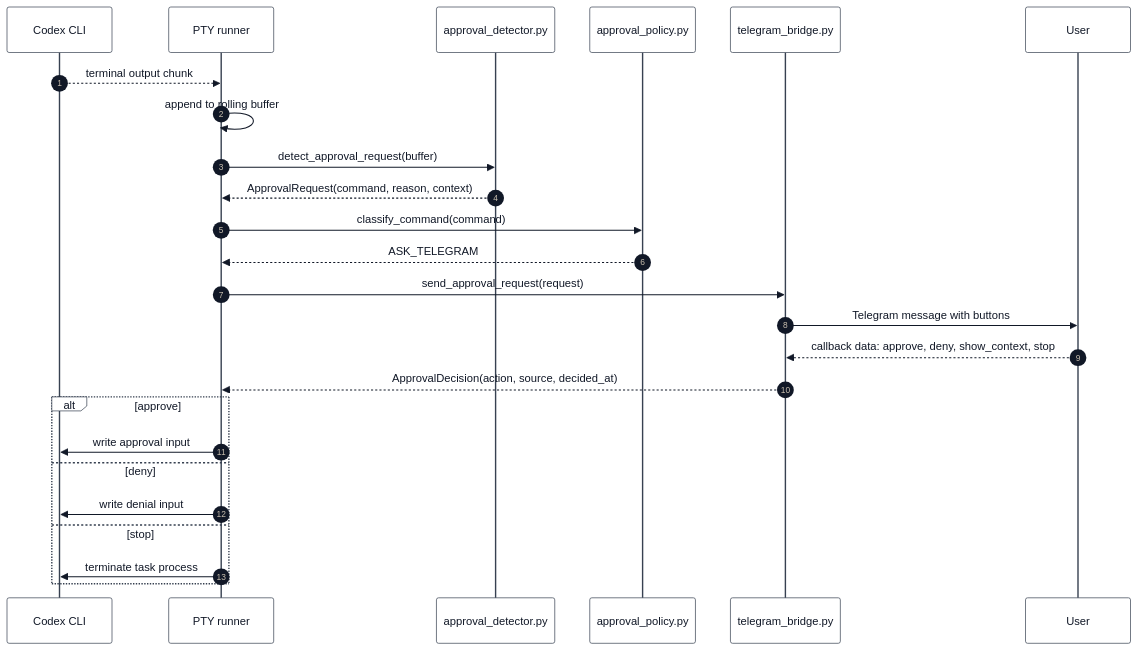
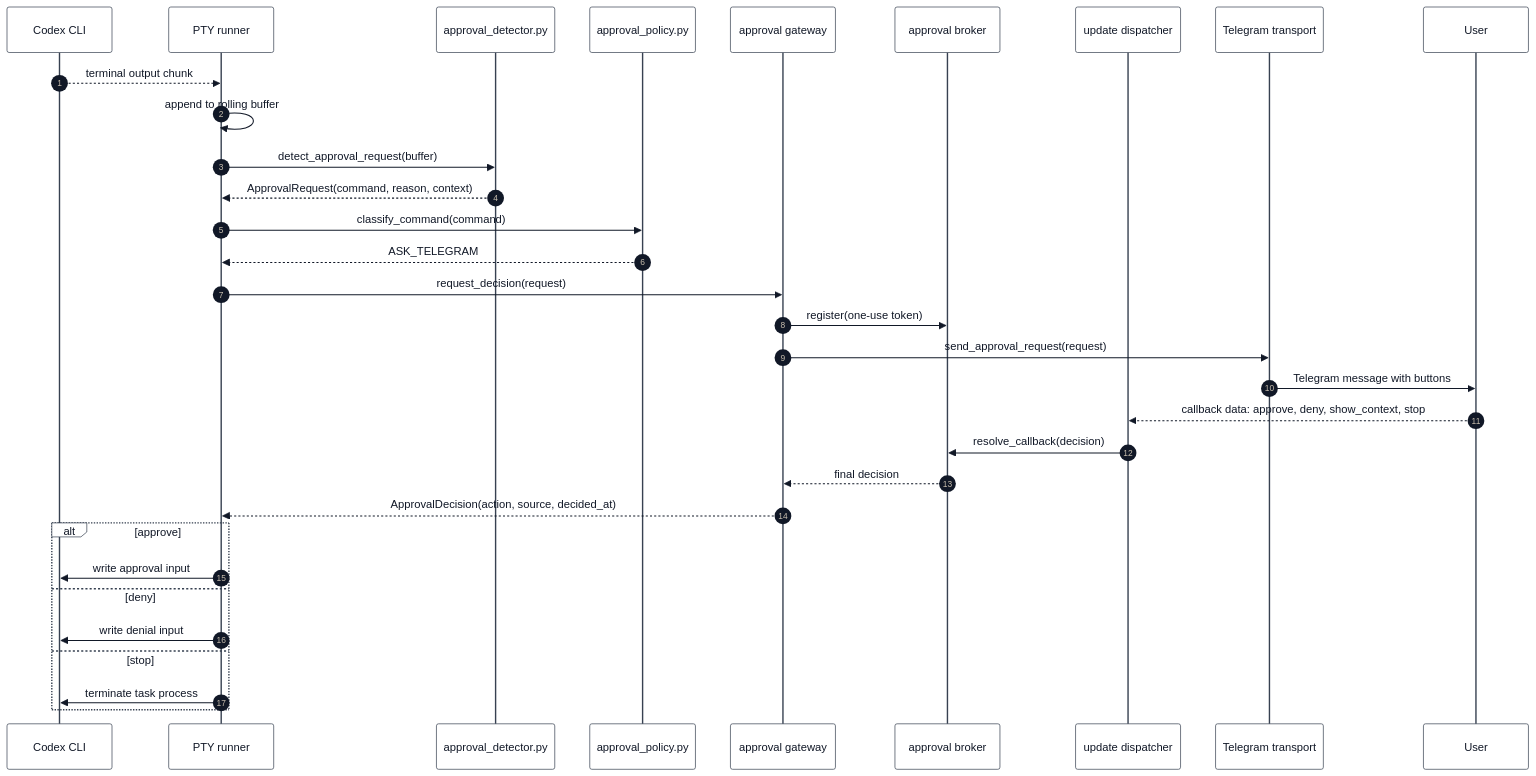
One commit to kinderp/durex changed the second of 4 diagrams in docs/TELEGRAM_APPROVALS.md. Above: the diagram before and after it, drawn with Mermaid. The commit also changed other lines of this file and 11 other files, not shown here.

First line of the commit message:
docs(telegram): define dispatcher ownership

````diff
--- a/docs/TELEGRAM_APPROVALS.md
+++ b/docs/TELEGRAM_APPROVALS.md
@@ -97,29 +109,36 @@
 ```mermaid
 %%{init: {"theme": "base", "themeVariables": {"primaryColor": "#ffffff", "primaryTextColor": "#111827", "primaryBorderColor": "#374151", "lineColor": "#374151", "secondaryColor": "#f3f4f6", "tertiaryColor": "#ffffff", "textColor": "#111827", "mainBkg": "#ffffff", "nodeBorder": "#374151", "clusterBkg": "#f9fafb", "clusterBorder": "#9ca3af", "edgeLabelBackground": "#ffffff", "actorBkg": "#ffffff", "actorBorder": "#374151", "actorTextColor": "#111827", "activationBkgColor": "#e5e7eb", "activationBorderColor": "#374151", "signalColor": "#111827", "signalTextColor": "#111827", "noteBkgColor": "#fef3c7", "noteTextColor": "#111827", "noteBorderColor": "#92400e"}}}%%
 sequenceDiagram
     autonumber
     participant Codex as Codex CLI
     participant Pty as PTY runner
     participant Detector as approval_detector.py
     participant Policy as approval_policy.py
-    participant Bot as telegram_bridge.py
+    participant Gateway as approval gateway
+    participant Broker as approval broker
+    participant Dispatcher as update dispatcher
+    participant Bot as Telegram transport
     participant User
 
     Codex-->>Pty: terminal output chunk
     Pty->>Pty: append to rolling buffer
     Pty->>Detector: detect_approval_request(buffer)
     Detector-->>Pty: ApprovalRequest(command, reason, context)
     Pty->>Policy: classify_command(command)
     Policy-->>Pty: ASK_TELEGRAM
-    Pty->>Bot: send_approval_request(request)
+    Pty->>Gateway: request_decision(request)
+    Gateway->>Broker: register(one-use token)
+    Gateway->>Bot: send_approval_request(request)
     Bot->>User: Telegram message with buttons
-    User-->>Bot: callback data: approve, deny, show_context, stop
-    Bot-->>Pty: ApprovalDecision(action, source, decided_at)
+    User-->>Dispatcher: callback data: approve, deny, show_context, stop
+    Dispatcher->>Broker: resolve_callback(decision)
+    Broker-->>Gateway: final decision
+    Gateway-->>Pty: ApprovalDecision(action, source, decided_at)
     alt approve
         Pty->>Codex: write approval input
     else deny
         Pty->>Codex: write denial input
     else stop
         Pty->>Codex: terminate task process
     end
 ```
````
